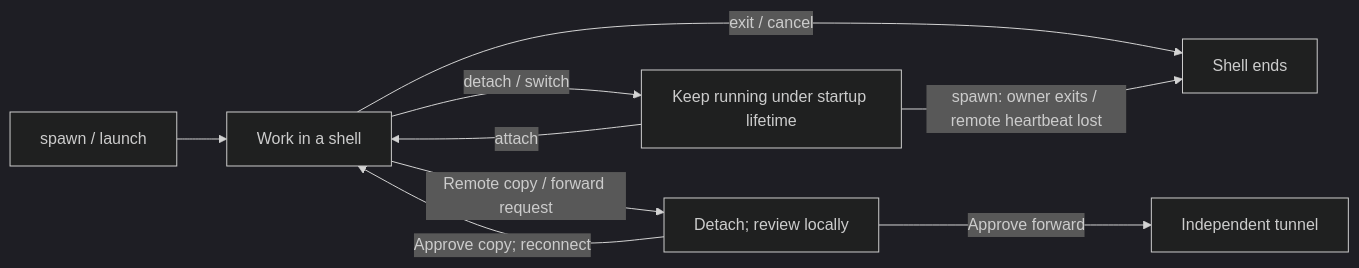
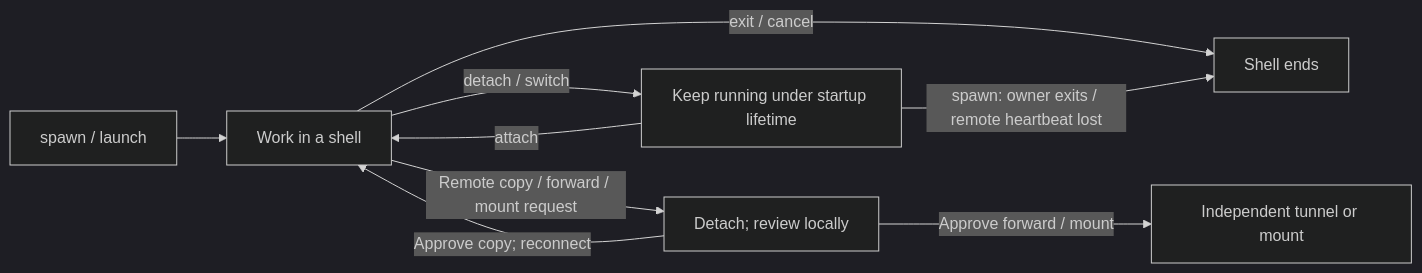
The diagram in README.md (jay-waves/sshore), drawn with Mermaid (dark theme) before and after one commit. The commit also changed other lines of this file and 52 other files, not shown here.

Commit message:
Release 0.6.11: streamline task views and share mount approval flow

````diff
--- a/README.md
+++ b/README.md
@@ -60,11 +64,11 @@
 ```mermaid
 flowchart LR
     start["spawn / launch"] --> shell["Work in a shell"]
     shell -->|"detach / switch"| background["Keep running under startup lifetime"]
     background -->|"attach"| shell
-    shell -->|"Remote copy / forward request"| review["Detach; review locally"]
+    shell -->|"Remote copy / forward / mount request"| review["Detach; review locally"]
     review -->|"Approve copy; reconnect"| shell
-    review -->|"Approve forward"| tunnel["Independent tunnel"]
+    review -->|"Approve forward / mount"| resource["Independent tunnel or mount"]
     shell -->|"exit / cancel"| ended["Shell ends"]
     background -->|"spawn: owner exits / remote heartbeat lost"| ended
 ```
````
